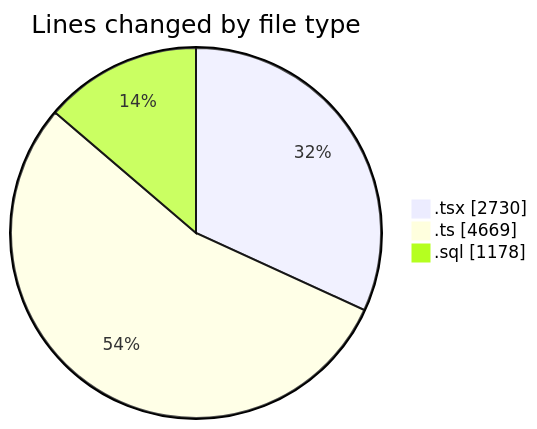
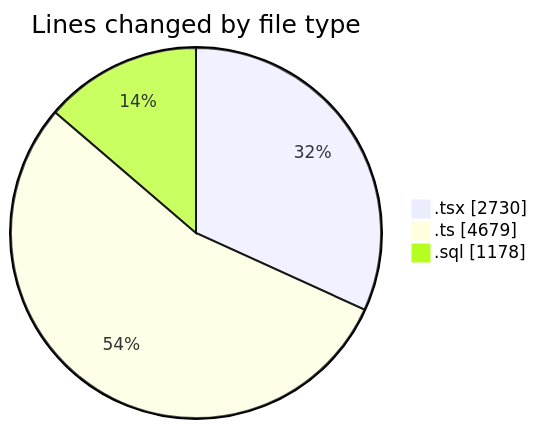
The first of 2 diagrams in 2025-09-05/hiai-phf/README.md (lephambinh05/code-tracking), drawn with Mermaid before and after one commit. The commit also changed other lines of this file and 1 other file, not shown here.

````diff
--- a/2025-09-05/hiai-phf/README.md
+++ b/2025-09-05/hiai-phf/README.md
@@ -73,7 +73,7 @@
 ```mermaid
 pie showData
 title Lines changed by file type
 ".tsx" : 2730
-".ts" : 4669
+".ts" : 4679
 ".sql" : 1178
 ```
````
